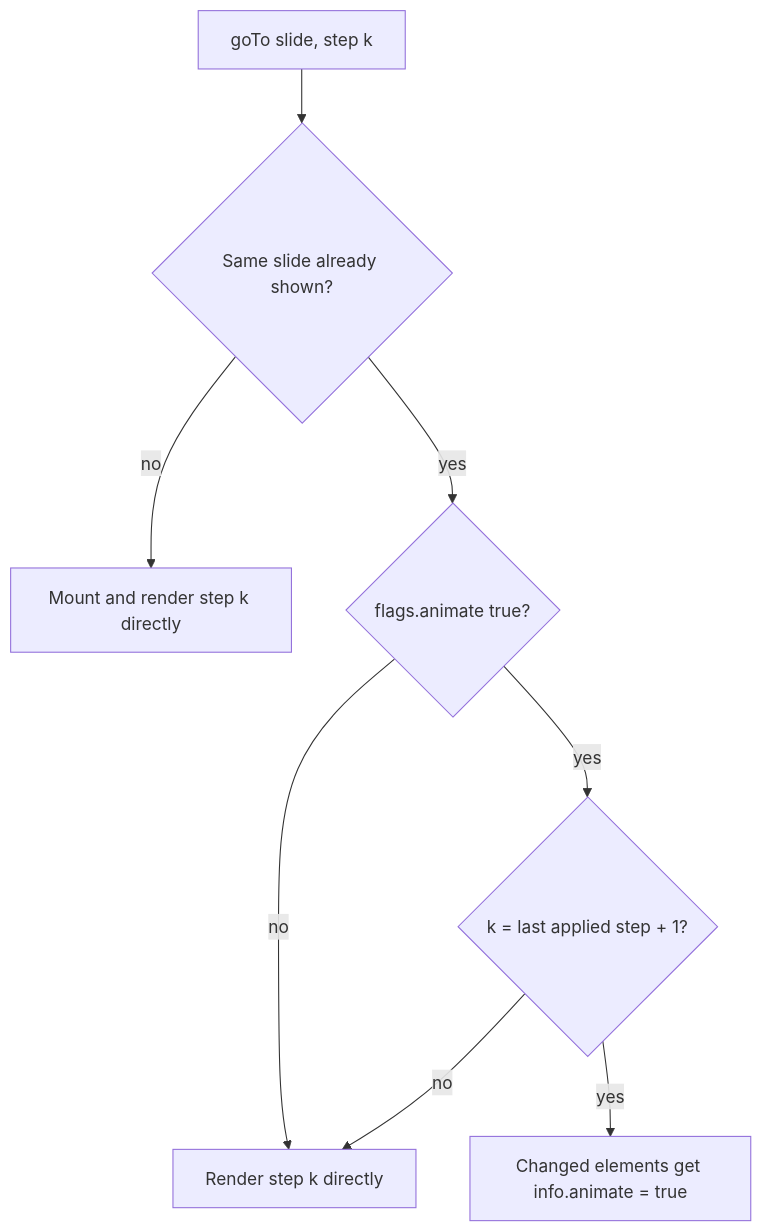
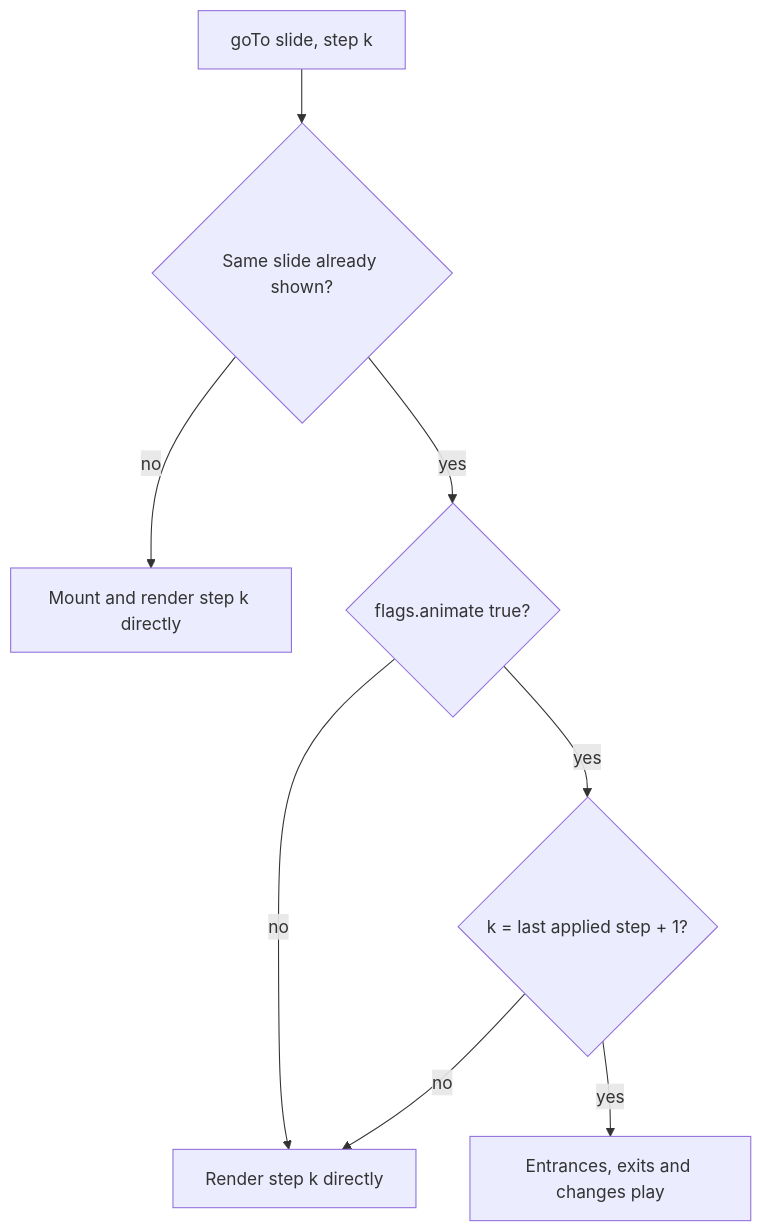
Before and after one commit to horaciochacon/stepdeck: the diagram in docs/guide/animation-and-motion.md, drawn with Mermaid. The commit also changed other lines of this file and 192 other files, not shown here.

````diff
--- a/docs/guide/animation-and-motion.md
+++ b/docs/guide/animation-and-motion.md
@@ -36,10 +38,10 @@
 ```mermaid
 flowchart TD
   A[goTo slide, step k] --> B{Same slide already shown?}
   B -- no --> J[Mount and render step k directly]
   B -- yes --> C{flags.animate true?}
   C -- no --> J2[Render step k directly]
   C -- yes --> D{k = last applied step + 1?}
   D -- no --> J2
-  D -- yes --> P[Changed elements get info.animate = true]
+  D -- yes --> P[Entrances, exits and changes play]
 ```
````
